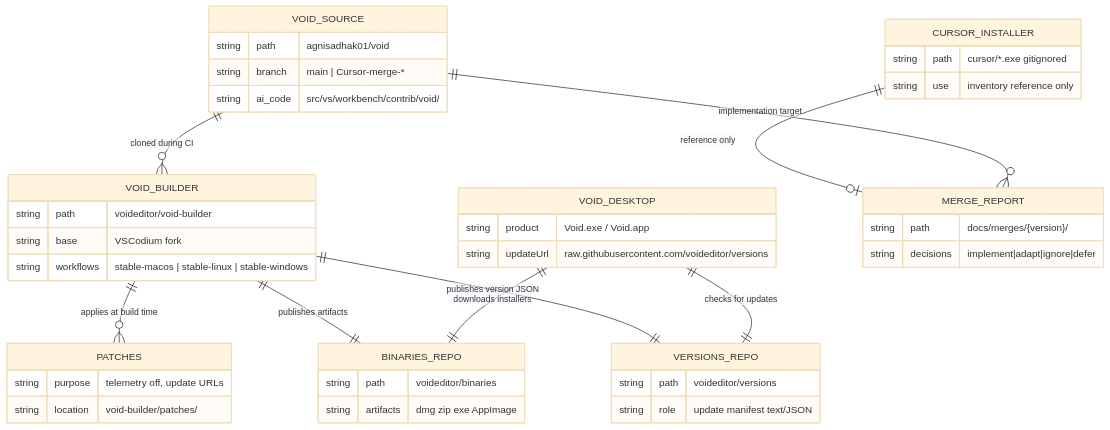
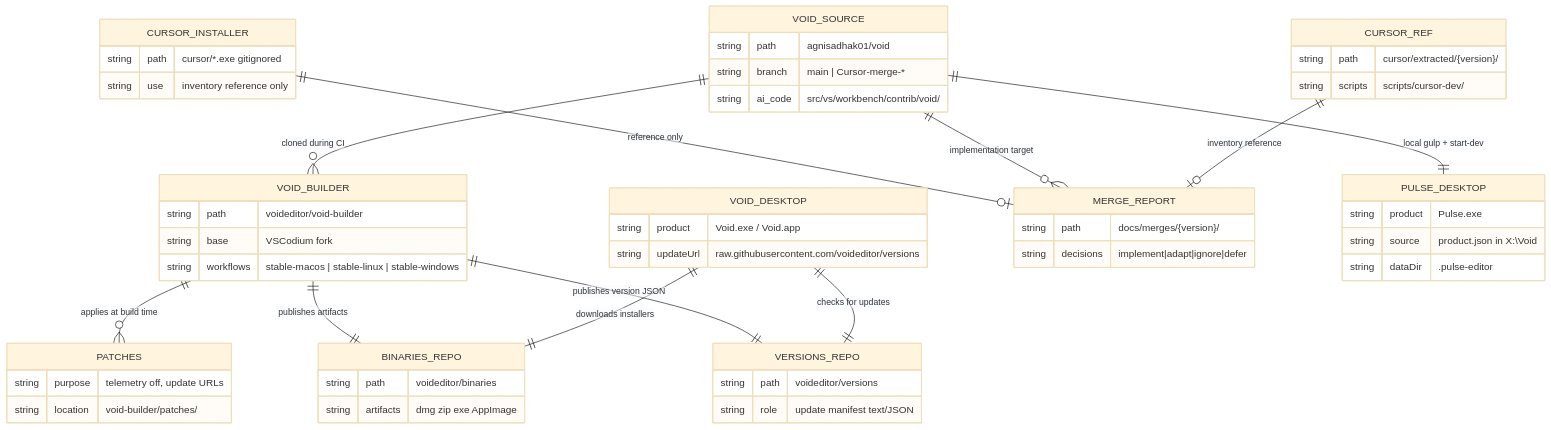
One commit to agnisadhak01/void changed the first of 6 diagrams in docs/ECOSYSTEM.md. Above: the diagram before and after it, drawn with Mermaid (base theme). The commit also changed other lines of this file and 21 other files, not shown here.

Commit message:
Refactor project branding from "Void" to "Pulse" across product.json, documentation, and scripts. Update .gitignore to track cursor patches and mods. Enhance HOW_TO_CONTRIBUTE and BUILD documentation with new development workflows and instructions for Cursor feature integration.

````diff
--- a/docs/ECOSYSTEM.md
+++ b/docs/ECOSYSTEM.md
@@ -7,46 +7,57 @@
 ```mermaid
 erDiagram
   VOID_SOURCE ||--o{ VOID_BUILDER : "cloned during CI"
   VOID_BUILDER ||--o{ PATCHES : "applies at build time"
   VOID_BUILDER ||--|| BINARIES_REPO : "publishes artifacts"
   VOID_BUILDER ||--|| VERSIONS_REPO : "publishes version JSON"
   VOID_DESKTOP ||--|| VERSIONS_REPO : "checks for updates"
   VOID_DESKTOP ||--|| BINARIES_REPO : "downloads installers"
   CURSOR_INSTALLER ||--o| MERGE_REPORT : "reference only"
   VOID_SOURCE ||--o{ MERGE_REPORT : "implementation target"
+  VOID_SOURCE ||--|| PULSE_DESKTOP : "local gulp + start-dev"
+  CURSOR_REF ||--o| MERGE_REPORT : "inventory reference"
 
   VOID_SOURCE {
     string path "agnisadhak01/void"
     string branch "main | Cursor-merge-*"
     string ai_code "src/vs/workbench/contrib/void/"
   }
   VOID_BUILDER {
     string path "voideditor/void-builder"
     string base "VSCodium fork"
     string workflows "stable-macos | stable-linux | stable-windows"
   }
   PATCHES {
     string purpose "telemetry off, update URLs"
     string location "void-builder/patches/"
   }
   BINARIES_REPO {
     string path "voideditor/binaries"
     string artifacts "dmg zip exe AppImage"
   }
   VERSIONS_REPO {
     string path "voideditor/versions"
     string role "update manifest text/JSON"
   }
   VOID_DESKTOP {
     string product "Void.exe / Void.app"
     string updateUrl "raw.githubusercontent.com/voideditor/versions"
   }
+  PULSE_DESKTOP {
+    string product "Pulse.exe"
+    string source "product.json in X:\\Void"
+    string dataDir ".pulse-editor"
+  }
+  CURSOR_REF {
+    string path "cursor/extracted/{version}/"
+    string scripts "scripts/cursor-dev/"
+  }
   CURSOR_INSTALLER {
     string path "cursor/*.exe gitignored"
     string use "inventory reference only"
   }
   MERGE_REPORT {
     string path "docs/merges/{version}/"
     string decisions "implement|adapt|ignore|defer"
   }
 ```
````
